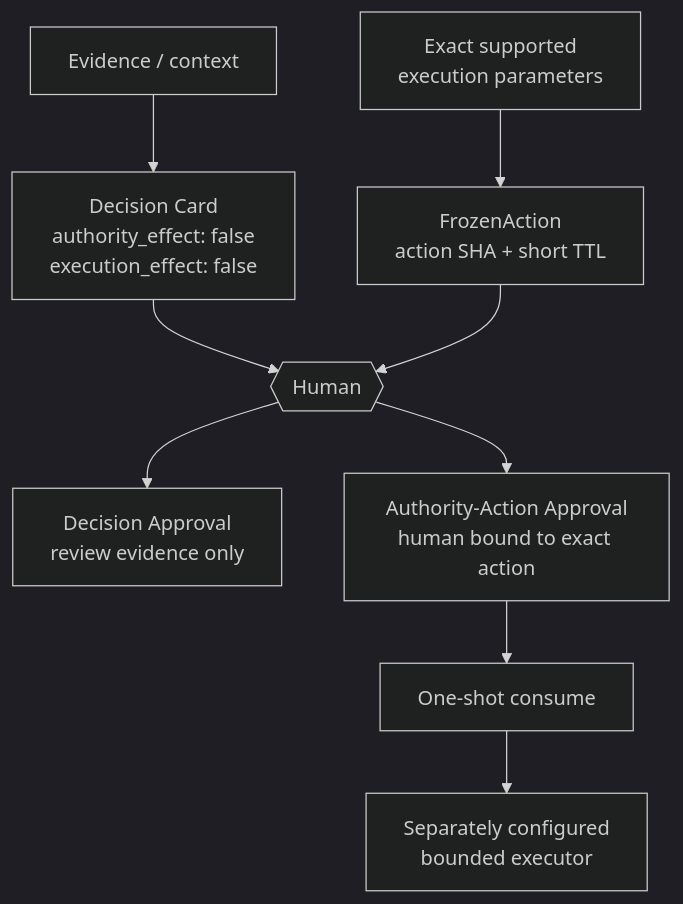
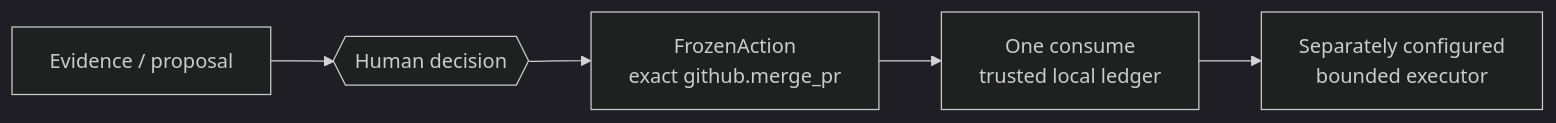
One commit to UMEBOSHIISAN/mothership changed the diagram in README.md. Above: the diagram before and after it, drawn with Mermaid (dark theme). The commit also changed other lines of this file and 26 other files, not shown here.

````diff
--- a/README.md
+++ b/README.md
@@ -328,15 +69,7 @@
 ```mermaid
-flowchart TD
-    E[Evidence / context]
-    C["Decision Card<br/>authority_effect: false<br/>execution_effect: false"]
-    H{{Human}}
-    D["Decision Approval<br/>review evidence only"]
-    P[Exact supported<br/>execution parameters]
-    F["FrozenAction<br/>action SHA + short TTL"]
-    A["Authority-Action Approval<br/>human bound to exact action"]
-    O[One-shot consume]
-    X[Separately configured<br/>bounded executor]
-
-    E --> C --> H --> D
-    P --> F --> H --> A --> O --> X
+flowchart LR
+    E[Evidence / proposal] --> H{{Human decision}}
+    H --> F[FrozenAction<br/>exact github.merge_pr]
+    F --> L[One consume<br/>trusted local ledger]
+    L --> X[Separately configured<br/>bounded executor]
 ```
````
